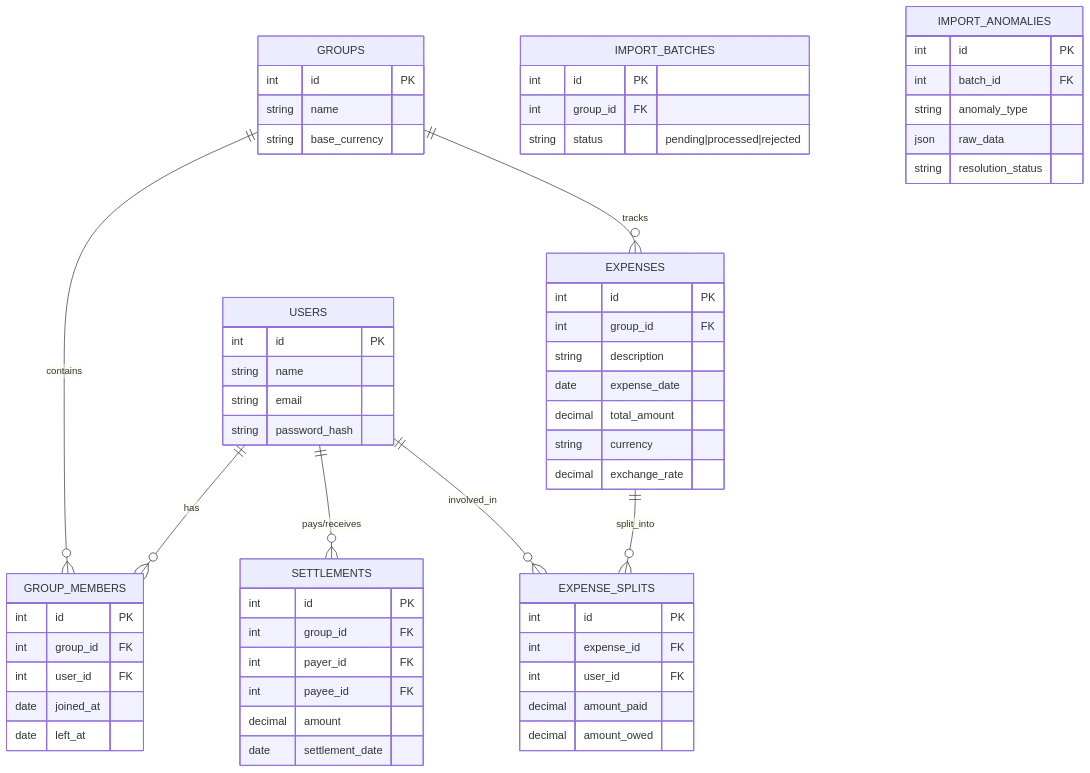
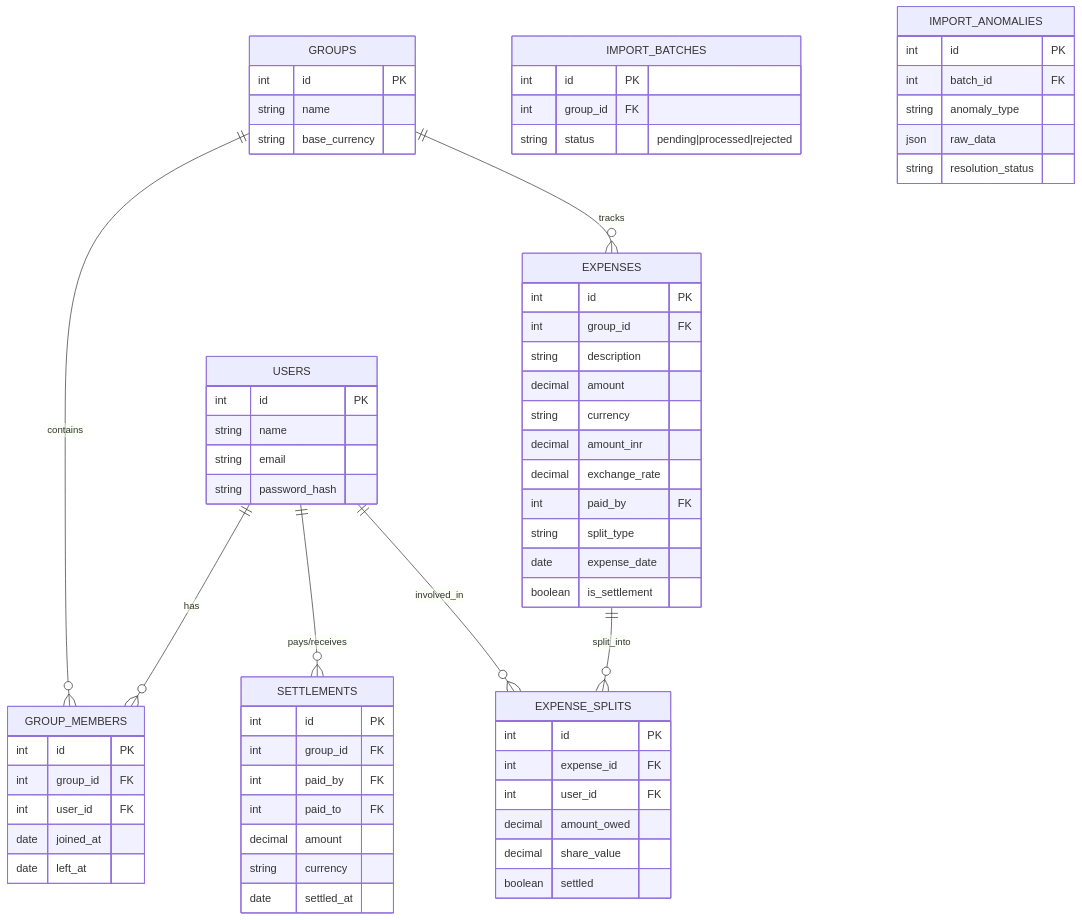
Before and after one commit to Anurag-Basuri/spreetail-expenses: the diagram in target.md, drawn with Mermaid. The commit also changed 3 other files, not shown here.

````diff
--- a/target.md
+++ b/target.md
@@ -33,64 +33,70 @@
 ```mermaid
 erDiagram
     USERS {
         int id PK
         string name
         string email
         string password_hash
     }
     GROUPS {
         int id PK
         string name
         string base_currency
     }
     GROUP_MEMBERS {
         int id PK
         int group_id FK
         int user_id FK
         date joined_at
         date left_at
     }
     EXPENSES {
         int id PK
         int group_id FK
         string description
+        decimal amount
+        string currency
+        decimal amount_inr
+        decimal exchange_rate
+        int paid_by FK
+        string split_type
         date expense_date
-        decimal total_amount
-        string currency
-        decimal exchange_rate
+        boolean is_settlement
     }
     EXPENSE_SPLITS {
         int id PK
         int expense_id FK
         int user_id FK
-        decimal amount_paid
         decimal amount_owed
+        decimal share_value
+        boolean settled
     }
     SETTLEMENTS {
         int id PK
         int group_id FK
-        int payer_id FK
-        int payee_id FK
+        int paid_by FK
+        int paid_to FK
         decimal amount
-        date settlement_date
+        string currency
+        date settled_at
     }
     IMPORT_BATCHES {
         int id PK
         int group_id FK
         string status "pending|processed|rejected"
     }
     IMPORT_ANOMALIES {
         int id PK
         int batch_id FK
         string anomaly_type
         json raw_data
         string resolution_status
     }
 
     USERS ||--o{ GROUP_MEMBERS : "has"
     GROUPS ||--o{ GROUP_MEMBERS : "contains"
     GROUPS ||--o{ EXPENSES : "tracks"
     EXPENSES ||--o{ EXPENSE_SPLITS : "split_into"
     USERS ||--o{ EXPENSE_SPLITS : "involved_in"
     USERS ||--o{ SETTLEMENTS : "pays/receives"
 ```
````
